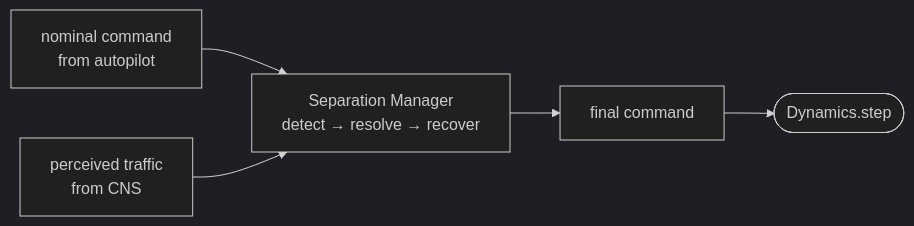
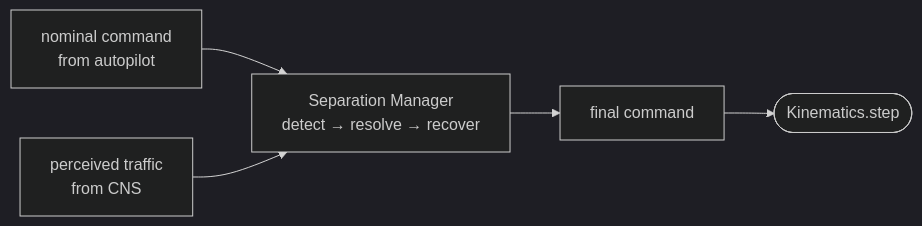
Before and after one commit to fazlurnu/opencdarr.github.io: the diagram in docs/modules/separation/index.md, drawn with Mermaid (dark theme). The commit also changed other lines of this file and 16 other files, not shown here.

First line of the commit message:
handbook: Dynamics -> Kinematics, following the library

````diff
--- a/docs/modules/separation/index.md
+++ b/docs/modules/separation/index.md
@@ -17,7 +17,7 @@
 ```mermaid
 flowchart LR
     NOM[nominal command<br/>from autopilot] --> SM
     PERC[perceived traffic<br/>from CNS] --> SM
     SM[Separation Manager<br/>detect → resolve → recover] --> CMD[final command]
-    CMD --> DYN([Dynamics.step])
+    CMD --> KIN([Kinematics.step])
 ```
````
